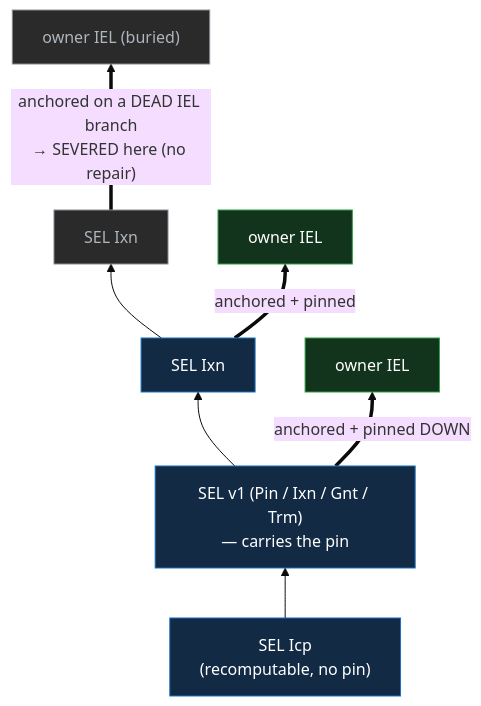
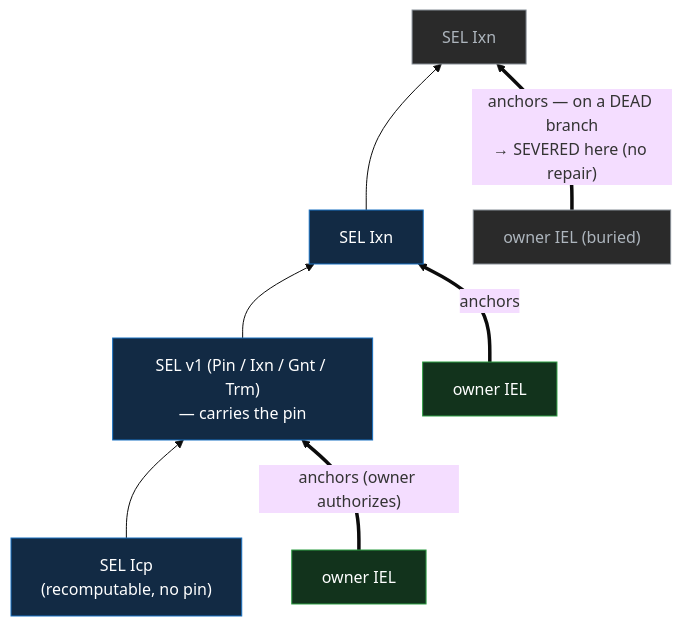
One commit to jasoncolburne/vdti changed the second of 2 diagrams in docs/design/primitives/data/event-logs/sel/log.md. Above: the diagram before and after it, drawn with Mermaid (base theme). The commit also changed 5 other files, not shown here.

````diff
--- a/docs/design/primitives/data/event-logs/sel/log.md
+++ b/docs/design/primitives/data/event-logs/sel/log.md
@@ -285,13 +285,13 @@
 ```mermaid
 flowchart BT
   icp["SEL Icp<br/>(recomputable, no pin)"]:::sel
   icp --> v1["SEL v1 (Pin / Ixn / Gnt / Trm)<br/>— carries the pin"]:::sel
   v1 --> e2["SEL Ixn"]:::sel
   e2 --> e3["SEL Ixn"]:::dead
-  v1 ==>|"anchored + pinned DOWN"| a1["owner IEL"]:::iel
-  e2 ==>|"anchored + pinned"| a2["owner IEL"]:::iel
-  e3 ==>|"anchored on a DEAD IEL branch<br/>→ SEVERED here (no repair)"| a3["owner IEL (buried)"]:::dead
+  a1["owner IEL"]:::iel ==>|"anchors (owner authorizes)"| v1
+  a2["owner IEL"]:::iel ==>|anchors| e2
+  a3["owner IEL (buried)"]:::dead ==>|"anchors — on a DEAD branch<br/>→ SEVERED here (no repair)"| e3
   classDef sel fill:#122a44,stroke:#1971c2,color:#fff
   classDef iel fill:#12331c,stroke:#2f9e44,color:#fff
   classDef dead fill:#2a2a2a,stroke:#868e96,color:#adb5bd
 ```
````
